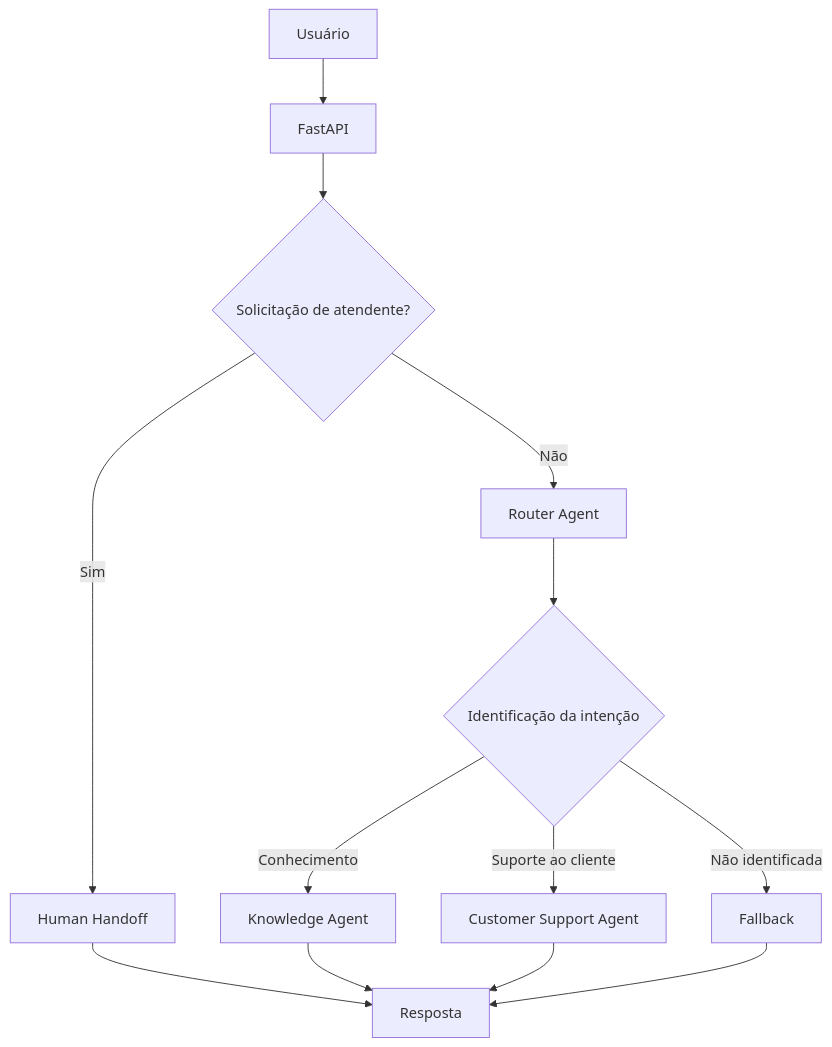
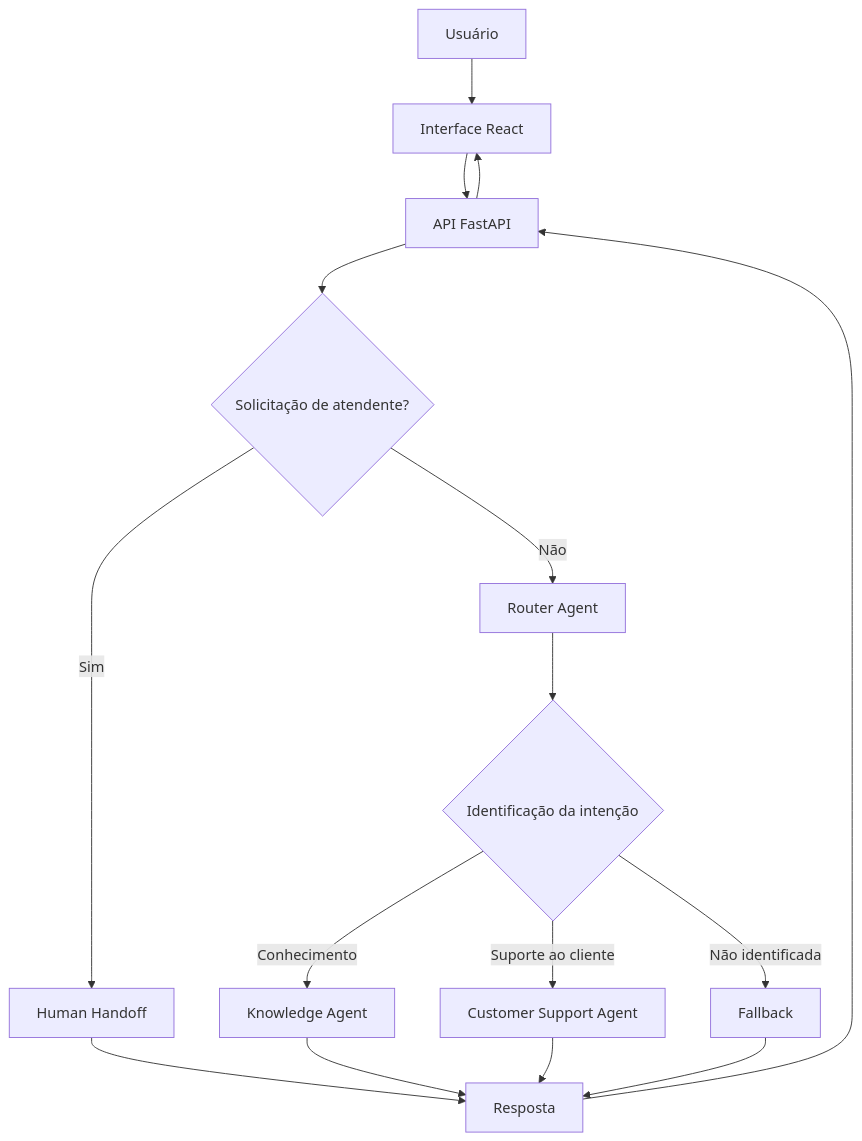
Before and after one commit to Rabello04/Desafio_IA: the diagram in README.md, drawn with Mermaid. The commit also changed other lines of this file, not shown here.

````diff
--- a/README.md
+++ b/README.md
@@ -21,15 +36,18 @@
 ```mermaid
 flowchart TD
-    A[Usuário] --> B[FastAPI]
-    B --> C{Solicitação de atendente?}
-    C -->|Sim| D[Human Handoff]
-    C -->|Não| E[Router Agent]
-    E --> F{Identificação da intenção}
-    F -->|Conhecimento| G[Knowledge Agent]
-    F -->|Suporte ao cliente| H[Customer Support Agent]
-    F -->|Não identificada| I[Fallback]
-    G --> J[Resposta]
-    H --> J
-    D --> J
-    I --> J
+    A[Usuário] --> B[Interface React]
+    B --> C[API FastAPI]
+    C --> D{Solicitação de atendente?}
+    D -->|Sim| E[Human Handoff]
+    D -->|Não| F[Router Agent]
+    F --> G{Identificação da intenção}
+    G -->|Conhecimento| H[Knowledge Agent]
+    G -->|Suporte ao cliente| I[Customer Support Agent]
+    G -->|Não identificada| J[Fallback]
+    H --> K[Resposta]
+    I --> K
+    E --> K
+    J --> K
+    K --> C
+    C --> B
 ```
````
